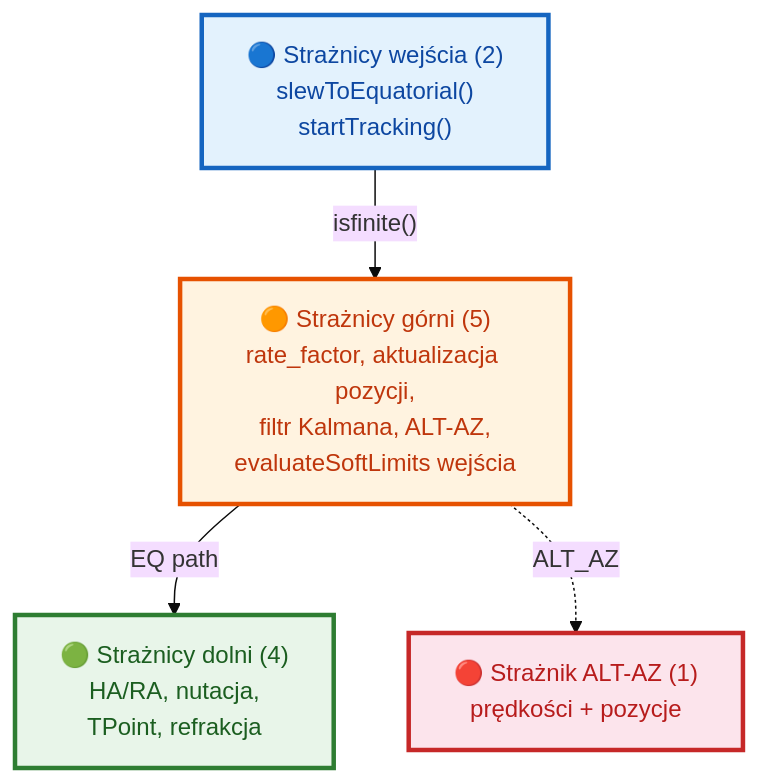
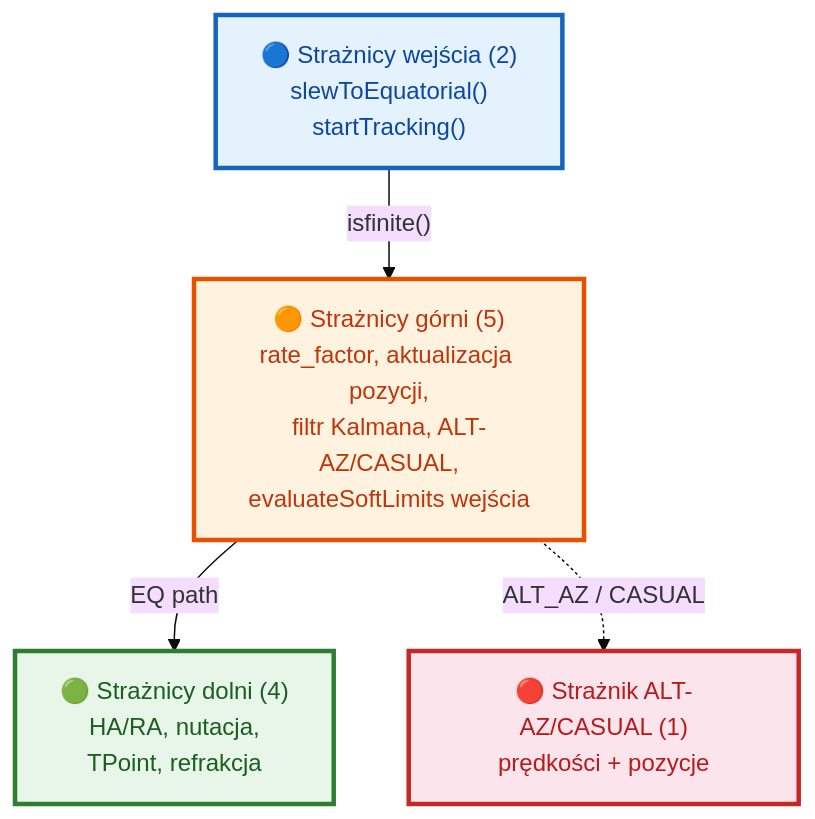
The second of 2 diagrams in docs/pl/index.md (pielaszkiewicz-jacek/astro_mount_control), drawn with Mermaid (base theme) before and after one commit. The commit also changed other lines of this file, not shown here.

Commit message:
Documentation update

````diff
--- a/docs/pl/index.md
+++ b/docs/pl/index.md
@@ -677,16 +677,16 @@
 ```mermaid
 flowchart TB
     classDef input fill:#e3f2fd,stroke:#1565c0,stroke-width:3px,color:#0d47a1
     classDef up fill:#fff3e0,stroke:#e65100,stroke-width:3px,color:#bf360c
     classDef down fill:#e8f5e9,stroke:#2e7d32,stroke-width:3px,color:#1b5e20
     classDef altaz fill:#fce4ec,stroke:#c62828,stroke-width:3px,color:#b71c1c
 
     I["🔵 Strażnicy wejścia (2)<br/>slewToEquatorial()<br/>startTracking()"]:::input
-    U["🟠 Strażnicy górni (5)<br/>rate_factor, aktualizacja pozycji,<br/>filtr Kalmana, ALT-AZ,<br/>evaluateSoftLimits wejścia"]:::up
+    U["🟠 Strażnicy górni (5)<br/>rate_factor, aktualizacja pozycji,<br/>filtr Kalmana, ALT-AZ/CASUAL,<br/>evaluateSoftLimits wejścia"]:::up
     D["🟢 Strażnicy dolni (4)<br/>HA/RA, nutacja,<br/>TPoint, refrakcja"]:::down
-    A["🔴 Strażnik ALT-AZ (1)<br/>prędkości + pozycje"]:::altaz
+    A["🔴 Strażnik ALT-AZ/CASUAL (1)<br/>prędkości + pozycje"]:::altaz
     
     I -->|"isfinite()"| U
     U -->|"EQ path"| D
-    U -.->|"ALT_AZ"| A
+    U -.->|"ALT_AZ / CASUAL"| A
 ```
````
